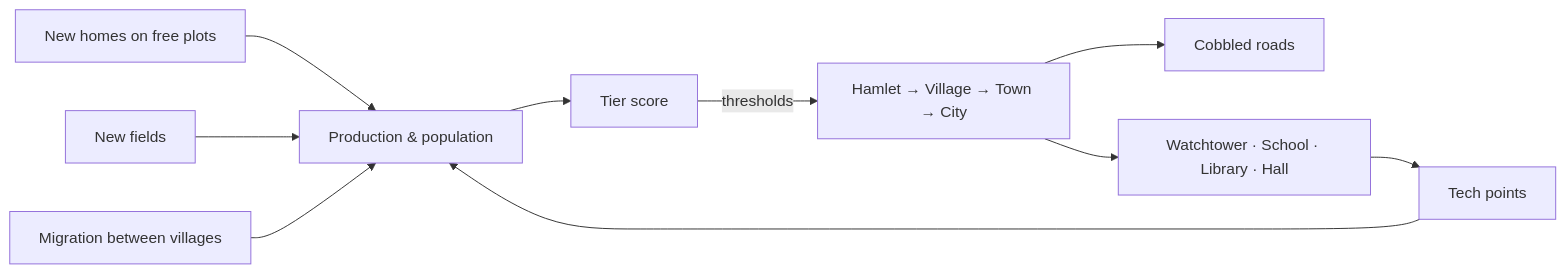
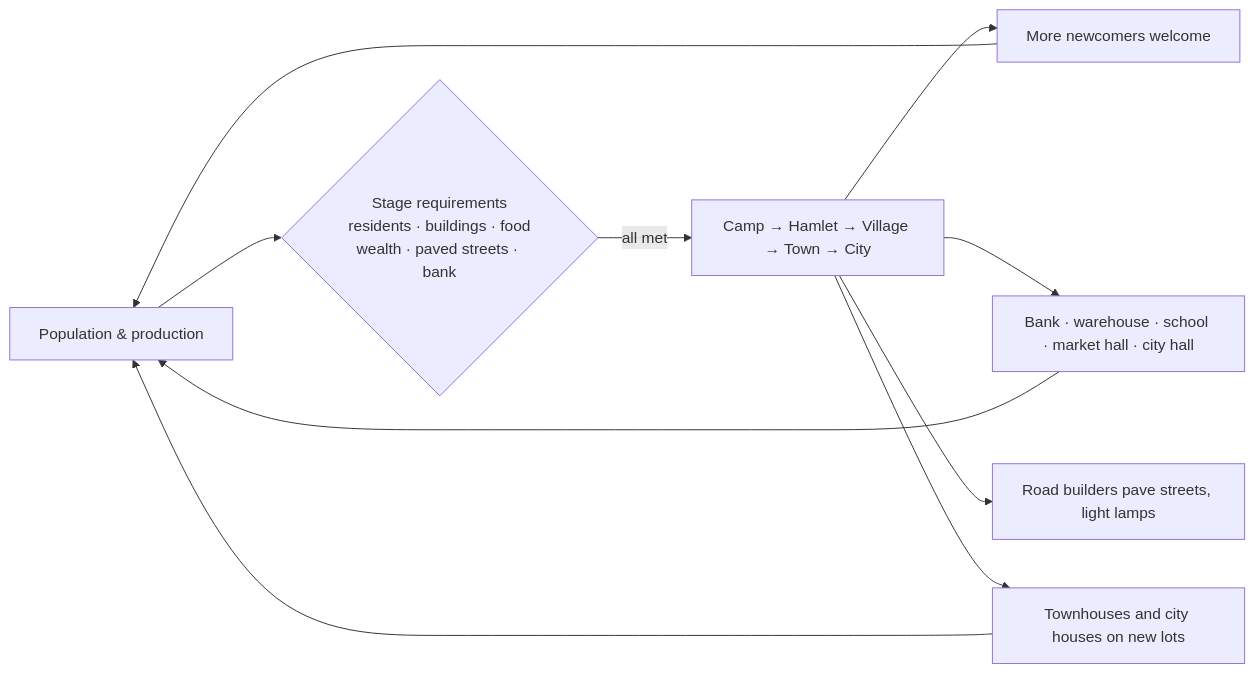
Before and after one commit to pastpita/ai-craft: the seventh of 9 diagrams in README.md, drawn with Mermaid. The commit also changed other lines of this file and 23 other files, not shown here.

````diff
--- a/README.md
+++ b/README.md
@@ -147,10 +192,12 @@
 ```mermaid
 flowchart LR
-    P[Production & population] --> TS[Tier score]
-    TS -->|thresholds| TIER[Hamlet → Village → Town → City]
-    TIER --> ROADS[Cobbled roads] & CIVIC[Watchtower · School · Library · Hall]
-    CIVIC --> TECH[Tech points] --> P
-    HOMES[New homes on free plots] --> P
-    FIELDS[New fields] --> P
-    MIG[Migration between villages] --> P
+    P[Population & production] --> REQ{Stage requirements<br/>residents · buildings · food<br/>wealth · paved streets · bank}
+    REQ -->|all met| STAGE[Camp → Hamlet → Village → Town → City]
+    STAGE --> CAP[More newcomers welcome]
+    STAGE --> CIVIC[Bank · warehouse · school · market hall · city hall]
+    STAGE --> ROADS[Road builders pave streets, light lamps]
+    STAGE --> HOMES[Townhouses and city houses on new lots]
+    CAP --> P
+    CIVIC --> P
+    HOMES --> P
 ```
````
